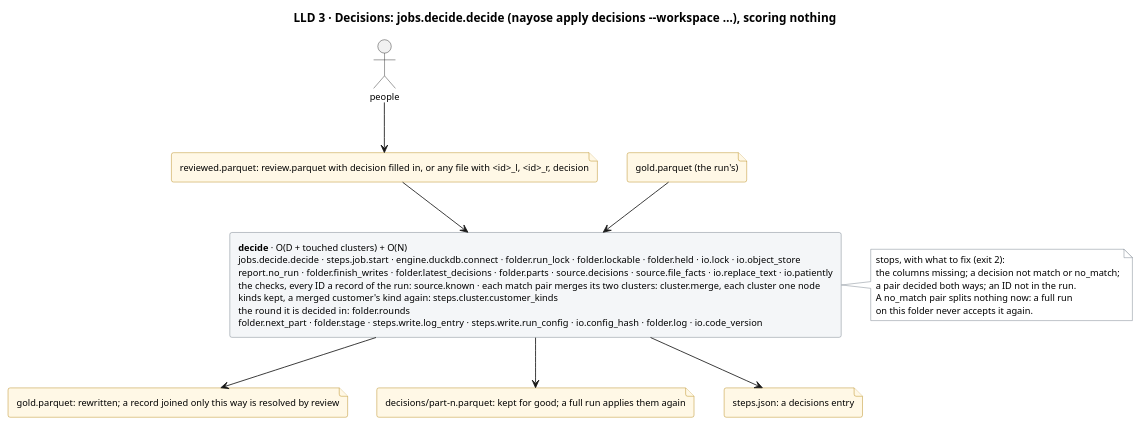
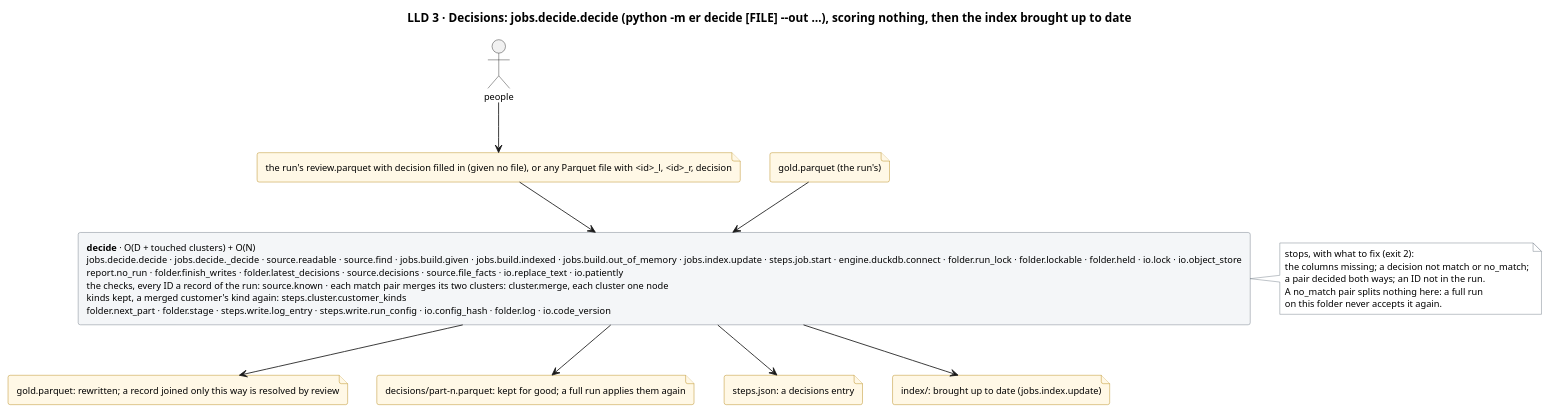
Before and after one commit to mvsbm/entity_matching: the diagram in docs/diagrams/decisions.puml, drawn with PlantUML. The commit also changed 122 other files, not shown here.

```diff
--- a/docs/diagrams/decisions.puml
+++ b/docs/diagrams/decisions.puml
@@ -1,41 +1,43 @@
 @startuml decisions
-title LLD 3 · Decisions: jobs.decide.decide (nayose apply decisions ~--workspace …), scoring nothing
+title LLD 3 · Decisions: jobs.decide.decide (python -m er decide [FILE] ~--out …), scoring nothing, then the index brought up to date
 skinparam defaultFontSize 11
 skinparam rectangle {
   BackgroundColor #F4F6F8
   BorderColor #65717E
 }
 skinparam file {
   BackgroundColor #FFF8E6
   BorderColor #B07D00
 }
 skinparam note {
   BackgroundColor #FFFFFF
   BorderColor #65717E
 }
 
 actor "people" as people
-file "reviewed.parquet: review.parquet with decision filled in, or any file with <id>_l, <id>_r, decision" as f_decided
+file "the run's review.parquet with decision filled in (given no file), or any Parquet file with <id>_l, <id>_r, decision" as f_decided
 file "gold.parquet (the run's)" as f_gold_in
 
-rectangle "<b>decide</b> · O(D + touched clusters) + O(N)\njobs.decide.decide · steps.job.start · engine.duckdb.connect · folder.run_lock · folder.lockable · folder.held · io.lock · io.object_store\nreport.no_run · folder.finish_writes · folder.latest_decisions · folder.parts · source.decisions · source.file_facts · io.replace_text · io.patiently\nthe checks, every ID a record of the run: source.known · each match pair merges its two clusters: cluster.merge, each cluster one node\nkinds kept, a merged customer's kind again: steps.cluster.customer_kinds\nthe round it is decided in: folder.rounds\nfolder.next_part · folder.stage · steps.write.log_entry · steps.write.run_config · io.config_hash · folder.log · io.code_version" as decide
+rectangle "<b>decide</b> · O(D + touched clusters) + O(N)\njobs.decide.decide · jobs.decide._decide · source.readable · source.find · jobs.build.given · jobs.build.indexed · jobs.build.out_of_memory · jobs.index.update · steps.job.start · engine.duckdb.connect · folder.run_lock · folder.lockable · folder.held · io.lock · io.object_store\nreport.no_run · folder.finish_writes · folder.latest_decisions · source.decisions · source.file_facts · io.replace_text · io.patiently\nthe checks, every ID a record of the run: source.known · each match pair merges its two clusters: cluster.merge, each cluster one node\nkinds kept, a merged customer's kind again: steps.cluster.customer_kinds\nfolder.next_part · folder.stage · steps.write.log_entry · steps.write.run_config · io.config_hash · folder.log · io.code_version" as decide
 
 note right of decide
   stops, with what to fix (exit 2):
   the columns missing; a decision not match or no_match;
   a pair decided both ways; an ID not in the run.
-  A no_match pair splits nothing now: a full run
+  A no_match pair splits nothing here: a full run
   on this folder never accepts it again.
 end note
 
 file "gold.parquet: rewritten; a record joined only this way is resolved by review" as f_gold_out
 file "decisions/part-n.parquet: kept for good; a full run applies them again" as f_kept
 file "steps.json: a decisions entry" as f_steps
+file "index/: brought up to date (jobs.index.update)" as f_index
 
 people --> f_decided
 f_decided --> decide
 f_gold_in --> decide
 decide --> f_gold_out
 decide --> f_kept
 decide --> f_steps
+decide --> f_index
 @enduml
```
